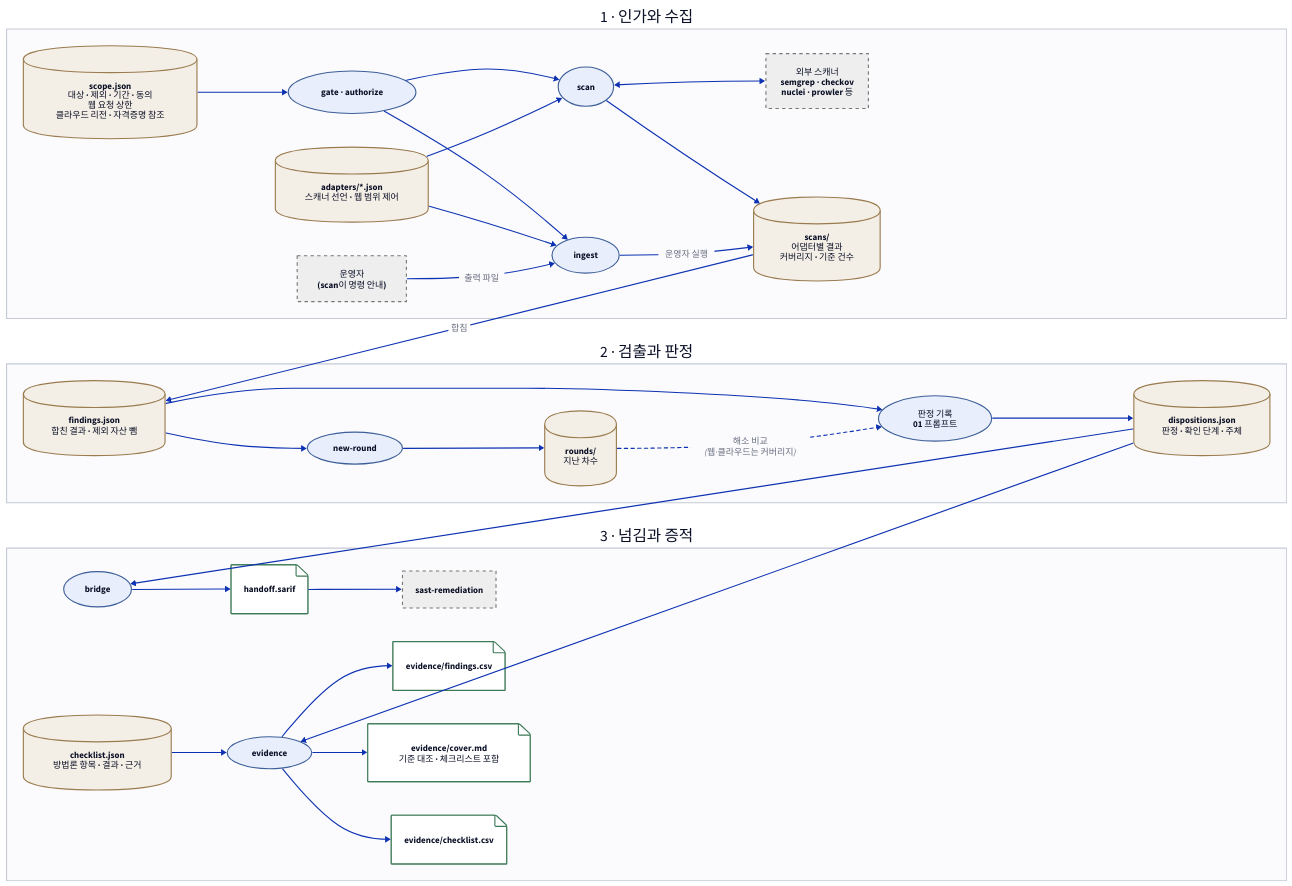
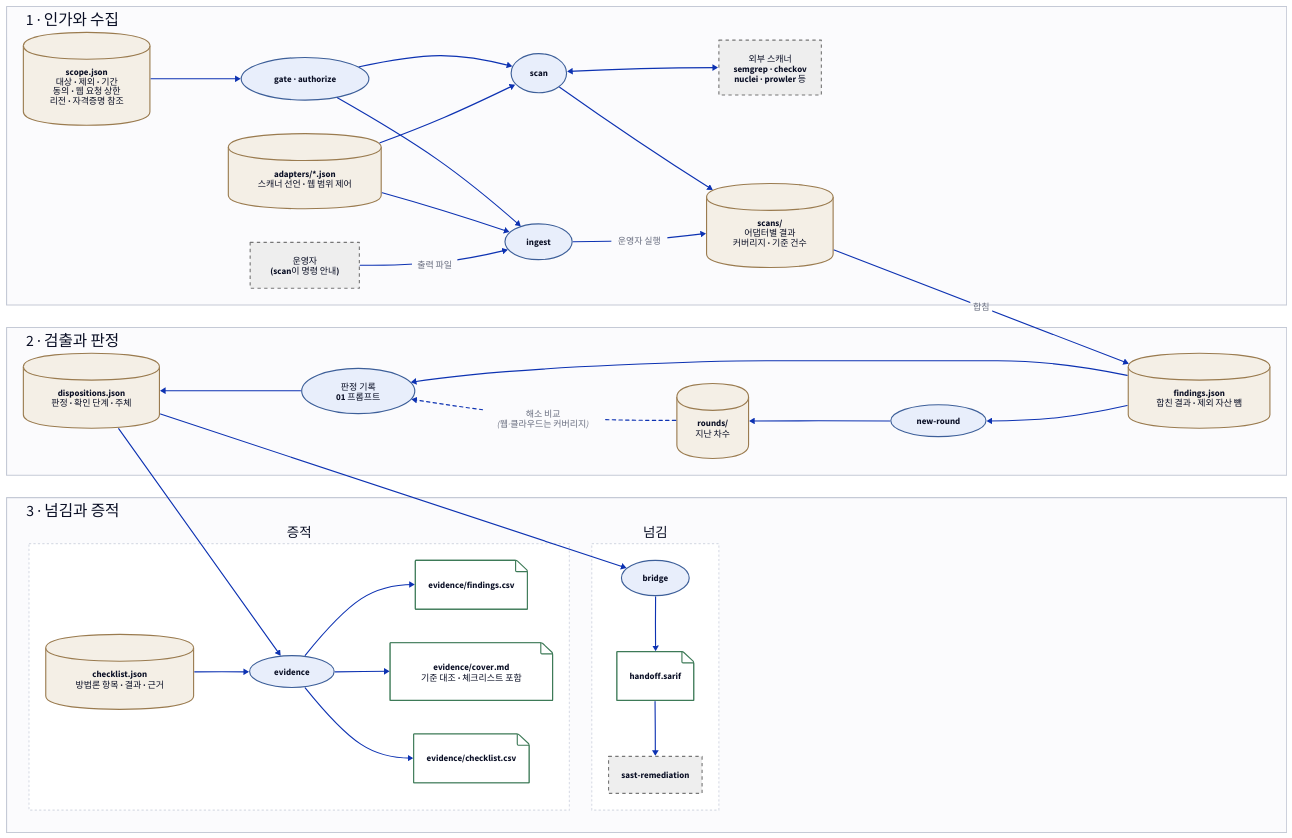
Before and after one commit to seo0tak/agent-skills: the diagram in skills/security-assessment/toolkit/docs/diagrams/architecture.d2, drawn with D2. The commit also changed other lines of this file and 16 other files, not shown here.

First line of the commit message:
docs(diagrams): 구조도 교차·섬 정리, security-assessment 시퀀스에 체크리스트 단계

```diff
--- a/skills/security-assessment/toolkit/docs/diagrams/architecture.d2
+++ b/skills/security-assessment/toolkit/docs/diagrams/architecture.d2
@@ -1,63 +1,77 @@
 # security-assessment 구조도. 고친 뒤 저장소 루트에서 python3 scripts/render_diagrams.py
 grid-rows: 3
 grid-gap: 40
 classes: {
   store: {shape: cylinder; style: {fill: "#f4efe6"; stroke: "#9a7b4f"}}
   proc: {shape: oval; style: {fill: "#e8eefb"; stroke: "#3d5f99"}}
   ext: {style: {fill: "#eeeeee"; stroke: "#777777"; stroke-dash: 3}}
   out: {shape: page; style: {fill: "#ffffff"; stroke: "#3d7a57"}}
-  stage: {style: {fill: "#fbfbfd"; stroke: "#c5cad6"}}
+  # 구역 제목은 왼쪽 위: 구역을 건너는 선이 가운데 제목을 지나지 않게
+  stage: {label.near: top-left; style: {fill: "#fbfbfd"; stroke: "#c5cad6"}}
 }
 collect: "1 · 인가와 수집" {
   class: stage
   direction: right
-  scope: "scope.json\n대상 · 제외 · 기간 · 동의\n웹 요청 상한\n클라우드 리전 · 자격증명 참조" {class: store}
+  scope: "scope.json\n대상 · 제외 · 기간\n동의 · 웹 요청 상한\n리전 · 자격증명 참조" {class: store}
   adapters: "adapters/*.json\n스캐너 선언 · 웹 범위 제어" {class: store}
   gate: "gate · authorize" {class: proc}
   scan: "scan" {class: proc}
   ext: "외부 스캐너\nsemgrep · checkov\nnuclei · prowler 등" {class: ext}
   operator: "운영자\n(scan이 명령 안내)" {class: ext}
   ingest: "ingest" {class: proc}
   scans: "scans/\n어댑터별 결과\n커버리지 · 기준 건수" {class: store}
   scope -> gate
   gate -> scan
   gate -> ingest
   adapters -> scan
   adapters -> ingest
   scan <-> ext
   scan -> scans
   operator -> ingest: "출력 파일"
   ingest -> scans: "운영자 실행"
 }
+# 2단은 오른쪽에서 왼쪽으로 흐른다(지그재그). 1단 끝(scans)과 3단 시작(bridge·evidence)이 바로 위아래에 와서
+# 구역을 건너는 선이 상자를 가로지르지 않는다.
 judge: "2 · 검출과 판정" {
   class: stage
-  direction: right
+  direction: left
   findings: "findings.json\n합친 결과 · 제외 자산 뺌" {class: store}
   round: "new-round" {class: proc}
   rounds: "rounds/\n지난 차수" {class: store}
   dispositions: "판정 기록\n01 프롬프트" {class: proc}
   disp: "dispositions.json\n판정 · 확인 단계 · 주체" {class: store}
   findings -> round -> rounds
   findings -> dispositions -> disp
   rounds -> dispositions: "해소 비교\n(웹·클라우드는 커버리지)" {style.stroke-dash: 3}
 }
+# 3단은 증적(체크리스트 → evidence → 산출물)과 넘김(bridge 사슬)을 나란히 둔다. 한 흐름으로 두면
+# dispositions에서 bridge로 가는 선이 checklist.json 상자를 지났다.
 out: "3 · 넘김과 증적" {
   class: stage
-  direction: right
-  bridge: "bridge" {class: proc}
-  sarif: "handoff.sarif" {class: out}
-  sr: "sast-remediation" {class: ext}
-  checklist: "checklist.json\n방법론 항목 · 결과 · 근거" {class: store}
-  ev: "evidence" {class: proc}
-  csv: "evidence/findings.csv" {class: out}
-  cover: "evidence/cover.md\n기준 대조 · 체크리스트 포함" {class: out}
-  ckcsv: "evidence/checklist.csv" {class: out}
-  bridge -> sarif -> sr
-  ev -> csv
-  ev -> cover
-  ev -> ckcsv
-  checklist -> ev
+  grid-columns: 2
+  grid-gap: 40
+  evidence: "증적" {
+    style: {fill: "#ffffff"; stroke: "#d9dde6"; stroke-dash: 2}
+    direction: right
+    checklist: "checklist.json\n방법론 항목 · 결과 · 근거" {class: store}
+    ev: "evidence" {class: proc}
+    csv: "evidence/findings.csv" {class: out}
+    cover: "evidence/cover.md\n기준 대조 · 체크리스트 포함" {class: out}
+    ckcsv: "evidence/checklist.csv" {class: out}
+    checklist -> ev
+    ev -> csv
+    ev -> cover
+    ev -> ckcsv
+  }
+  handoff: "넘김" {
+    style: {fill: "#ffffff"; stroke: "#d9dde6"; stroke-dash: 2}
+    direction: down
+    bridge: "bridge" {class: proc}
+    sarif: "handoff.sarif" {class: out}
+    sr: "sast-remediation" {class: ext}
+    bridge -> sarif -> sr
+  }
 }
 collect.scans -> judge.findings: "합침"
-judge.disp -> out.bridge
-judge.disp -> out.ev
+judge.disp -> out.handoff.bridge
+judge.disp -> out.evidence.ev
```
